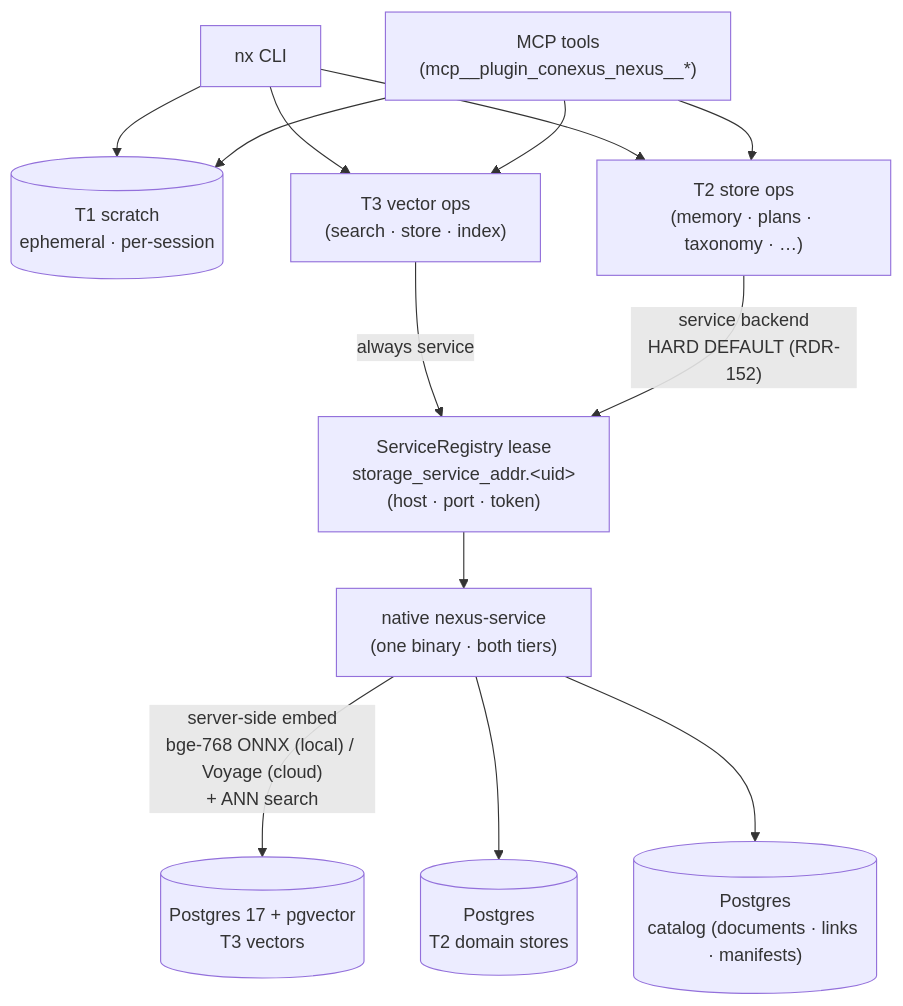
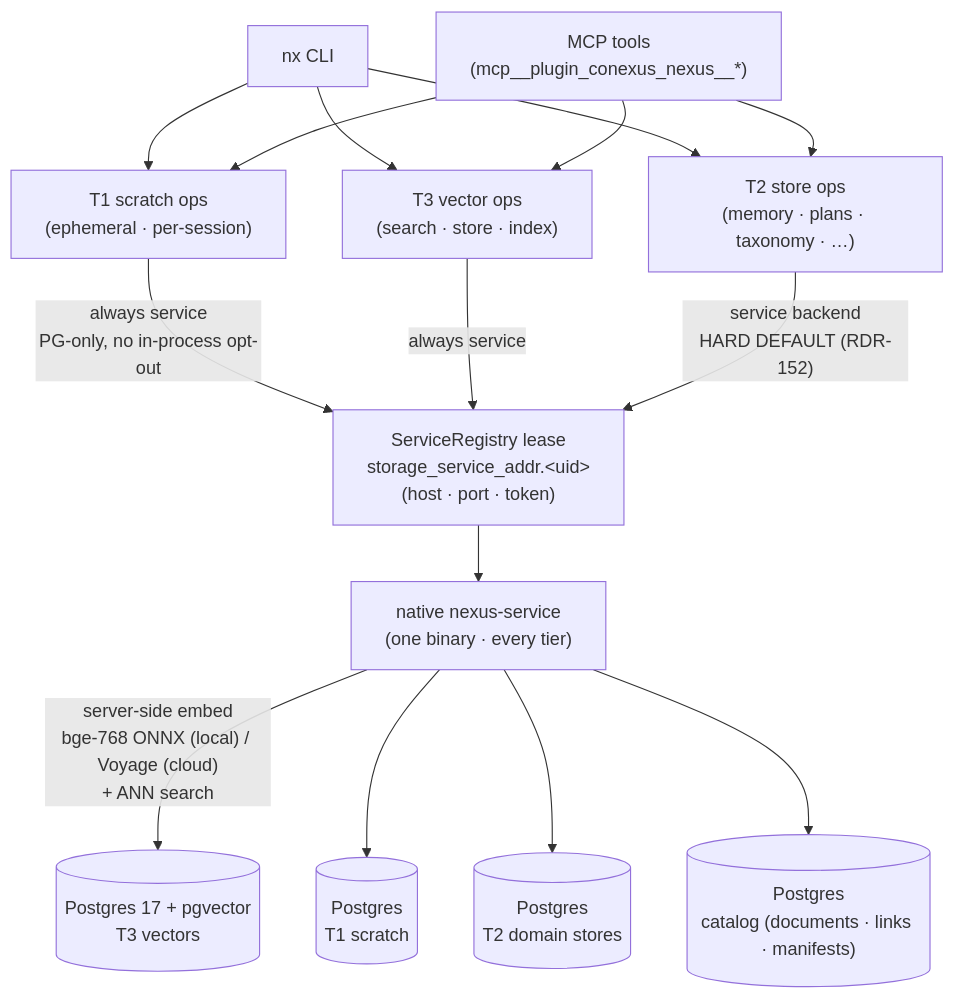
The diagram in docs/storage-tiers.md (Hellblazer/nexus), drawn with Mermaid before and after one commit. The commit also changed other lines of this file and 11 other files, not shown here.

````diff
--- a/docs/storage-tiers.md
+++ b/docs/storage-tiers.md
@@ -22,27 +22,30 @@
 ```mermaid
 flowchart TD
   CLI["nx CLI"]
   MCP["MCP tools<br/>(mcp__plugin_conexus_nexus__*)"]
 
-  CLI --> T1[("T1 scratch<br/>ephemeral · per-session")]
-  MCP --> T1
+  CLI --> T1OPS
+  MCP --> T1OPS
   CLI --> T3OPS
   MCP --> T3OPS
   CLI --> T2OPS
   MCP --> T2OPS
 
+  T1OPS["T1 scratch ops<br/>(ephemeral · per-session)"]
   T3OPS["T3 vector ops<br/>(search · store · index)"]
   T2OPS["T2 store ops<br/>(memory · plans · taxonomy · …)"]
 
+  T1OPS -->|"always service<br/>PG-only, no in-process opt-out"| REG
   T3OPS -->|"always service"| REG
   T2OPS -->|"service backend<br/>HARD DEFAULT (RDR-152)"| REG
 
   REG["ServiceRegistry lease<br/>storage_service_addr.&lt;uid&gt;<br/>(host · port · token)"]
   REG --> SVC
 
-  SVC["native nexus-service<br/>(one binary · both tiers)"]
+  SVC["native nexus-service<br/>(one binary · every tier)"]
   SVC -->|"server-side embed<br/>bge-768 ONNX (local) / Voyage (cloud)<br/>+ ANN search"| PG[("Postgres 17 + pgvector<br/>T3 vectors")]
+  SVC --> PGT1[("Postgres<br/>T1 scratch")]
   SVC --> PGT2[("Postgres<br/>T2 domain stores")]
 
   SVC --> CAT[("Postgres<br/>catalog (documents · links · manifests)")]
 ```
````
